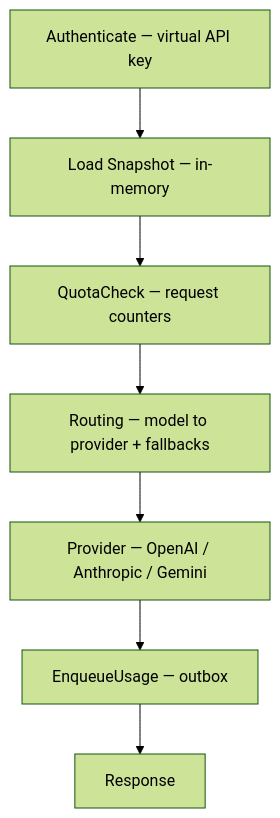
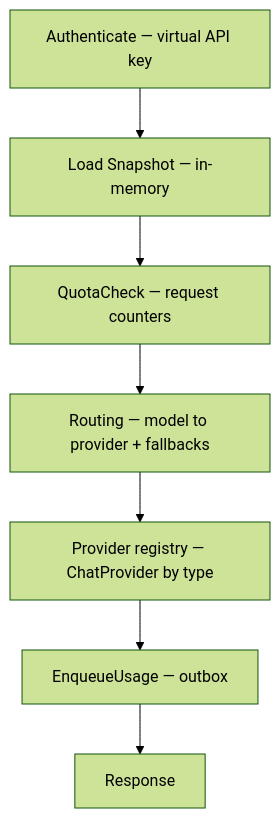
The first of 2 diagrams in docs/development/architecture.md (curefatih/afi), drawn with Mermaid (forest theme) before and after one commit. The commit also changed other lines of this file and 7 other files, not shown here.

Commit message:
feat: add comprehensive provider documentation and enhance architecture details for improved extensibility and integration

````diff
--- a/docs/development/architecture.md
+++ b/docs/development/architecture.md
@@ -28,12 +29,12 @@
 ```mermaid
 flowchart TD
   A[Authenticate — virtual API key]
   B[Load Snapshot — in-memory]
   C[QuotaCheck — request counters]
   D[Routing — model to provider + fallbacks]
-  E[Provider — OpenAI / Anthropic / Gemini]
+  E[Provider registry — ChatProvider by type]
   F[EnqueueUsage — outbox]
   G[Response]
 
   A --> B --> C --> D --> E --> F --> G
 ```
````
